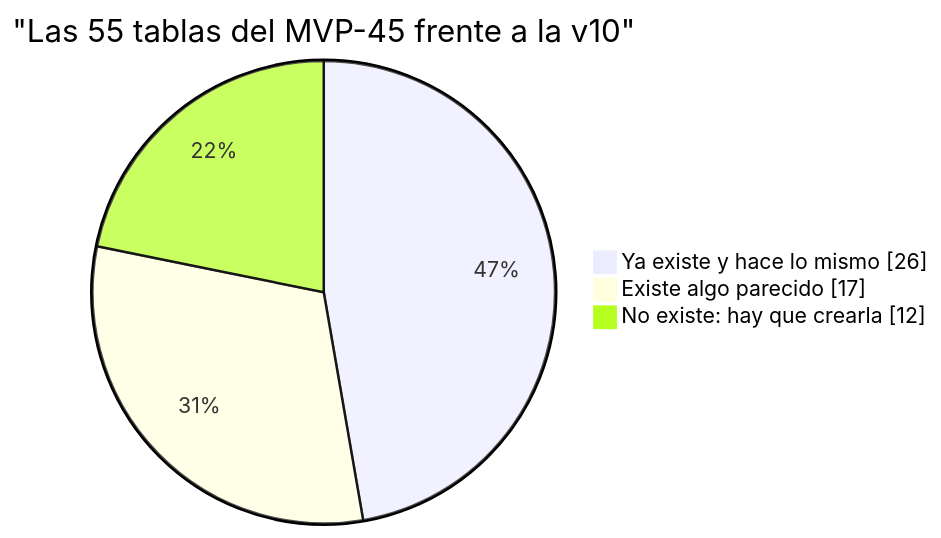
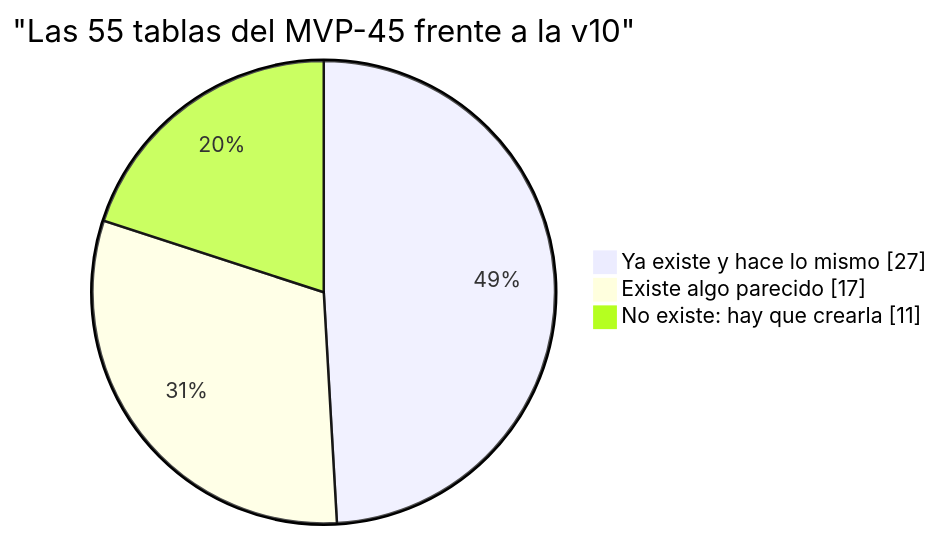
The second of 3 diagrams in docs/PRIORIZACION_MVP_v10.md (diegopaucarv/avisa), drawn with Mermaid before and after one commit. The commit also changed other lines of this file and 29 other files, not shown here.

````diff
--- a/docs/PRIORIZACION_MVP_v10.md
+++ b/docs/PRIORIZACION_MVP_v10.md
@@ -170,7 +170,7 @@
 ```mermaid
 pie showData
     title "Las 55 tablas del MVP-45 frente a la v10"
-    "Ya existe y hace lo mismo" : 26
+    "Ya existe y hace lo mismo" : 27
     "Existe algo parecido" : 17
-    "No existe: hay que crearla" : 12
+    "No existe: hay que crearla" : 11
 ```
````
